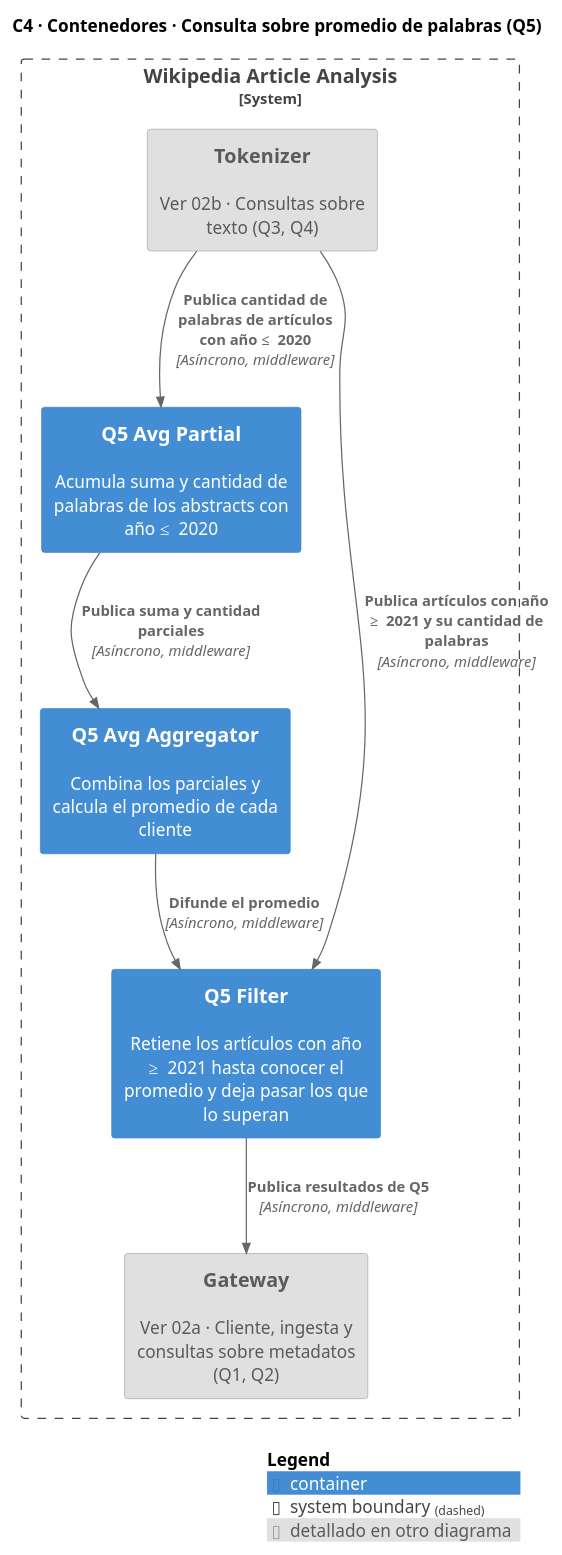
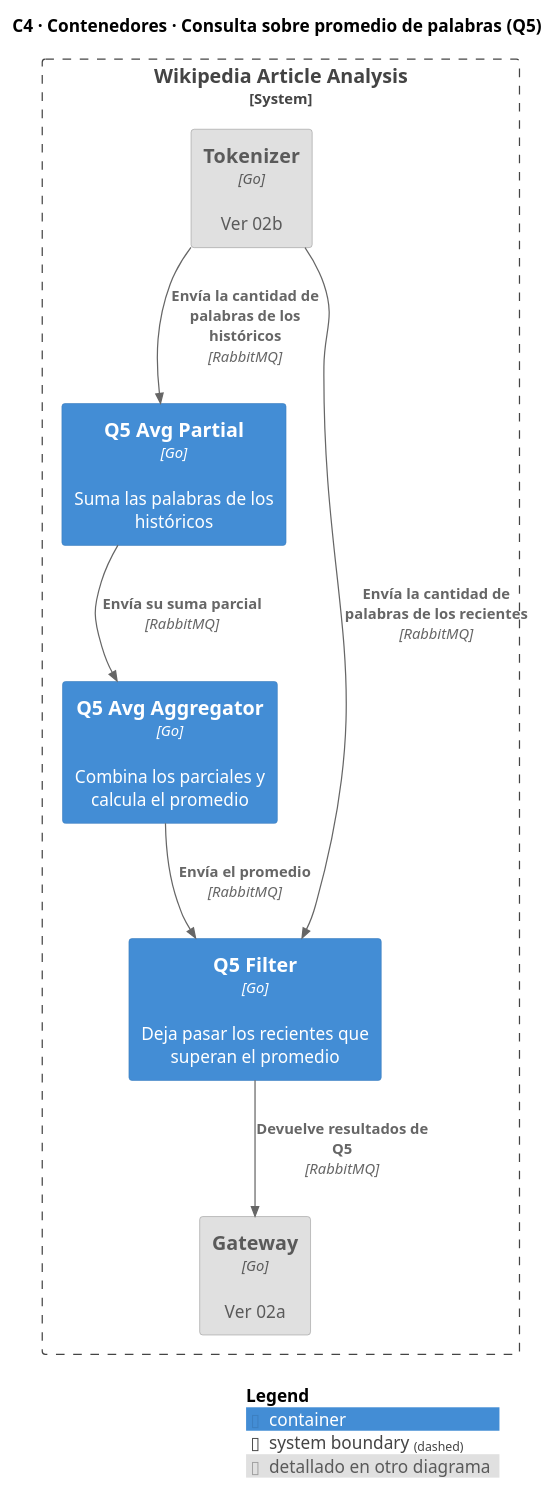
Before and after one commit to NicoPodesta/trabajo-final-distribuidos: the diagram in Diagramas/C4Model/02c-contenedores-q5.puml, drawn with PlantUML. The commit also changed 7 other files, not shown here.

```diff
--- a/Diagramas/C4Model/02c-contenedores-q5.puml
+++ b/Diagramas/C4Model/02c-contenedores-q5.puml
@@ -1,23 +1,23 @@
 @startuml 02c-contenedores-q5
 !include <C4/C4_Container>
 
 AddElementTag("ref", $bgColor="#e0e0e0", $fontColor="#5a5a5a", $borderColor="#9e9e9e", $legendText="detallado en otro diagrama")
 
 title C4 · Contenedores · Consulta sobre promedio de palabras (Q5)
 
 System_Boundary(sistema, "Wikipedia Article Analysis") {
-    Container(tokenizer, "Tokenizer", "", "Ver 02b · Consultas sobre texto (Q3, Q4)", $tags="ref")
-    Container(gateway, "Gateway", "", "Ver 02a · Cliente, ingesta y consultas sobre metadatos (Q1, Q2)", $tags="ref")
-    Container(q5a, "Q5 Avg Partial", "", "Acumula suma y cantidad de palabras de los abstracts con año ≤ 2020")
-    Container(q5g, "Q5 Avg Aggregator", "", "Combina los parciales y calcula el promedio de cada cliente")
-    Container(q5f, "Q5 Filter", "", "Retiene los artículos con año ≥ 2021 hasta conocer el promedio y deja pasar los que lo superan")
+    Container(tokenizer, "Tokenizer", "Go", "Ver 02b", $tags="ref")
+    Container(gateway, "Gateway", "Go", "Ver 02a", $tags="ref")
+    Container(q5a, "Q5 Avg Partial", "Go", "Suma las palabras de los históricos")
+    Container(q5g, "Q5 Avg Aggregator", "Go", "Combina los parciales y calcula el promedio")
+    Container(q5f, "Q5 Filter", "Go", "Deja pasar los recientes que superan el promedio")
 }
 
-Rel(tokenizer, q5a, "Publica cantidad de palabras de artículos con año ≤ 2020", "Asíncrono, middleware")
-Rel(tokenizer, q5f, "Publica artículos con año ≥ 2021 y su cantidad de palabras", "Asíncrono, middleware")
-Rel(q5a, q5g, "Publica suma y cantidad parciales", "Asíncrono, middleware")
-Rel(q5g, q5f, "Difunde el promedio", "Asíncrono, middleware")
-Rel(q5f, gateway, "Publica resultados de Q5", "Asíncrono, middleware")
+Rel(tokenizer, q5a, "Envía la cantidad de palabras de los históricos", "RabbitMQ")
+Rel(tokenizer, q5f, "Envía la cantidad de palabras de los recientes", "RabbitMQ")
+Rel(q5a, q5g, "Envía su suma parcial", "RabbitMQ")
+Rel(q5g, q5f, "Envía el promedio", "RabbitMQ")
+Rel(q5f, gateway, "Devuelve resultados de Q5", "RabbitMQ")
 
 SHOW_LEGEND()
 @enduml
```
